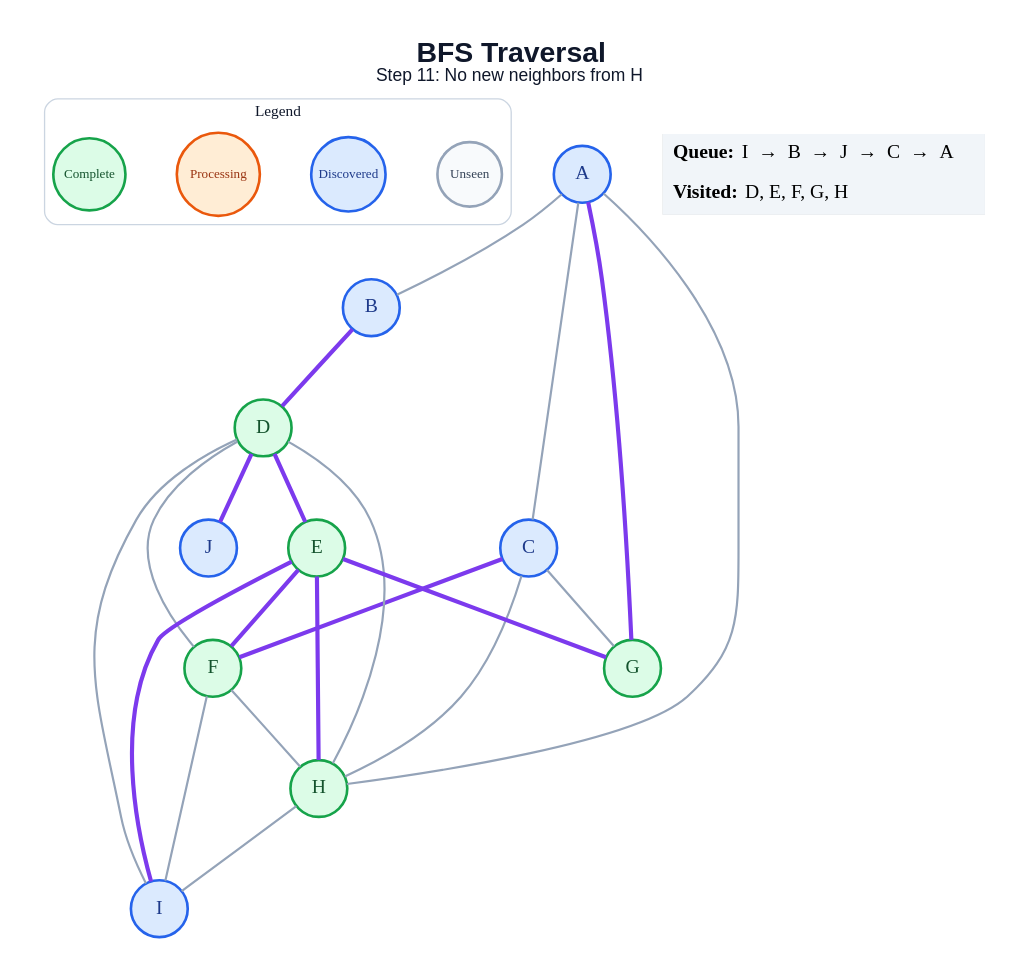
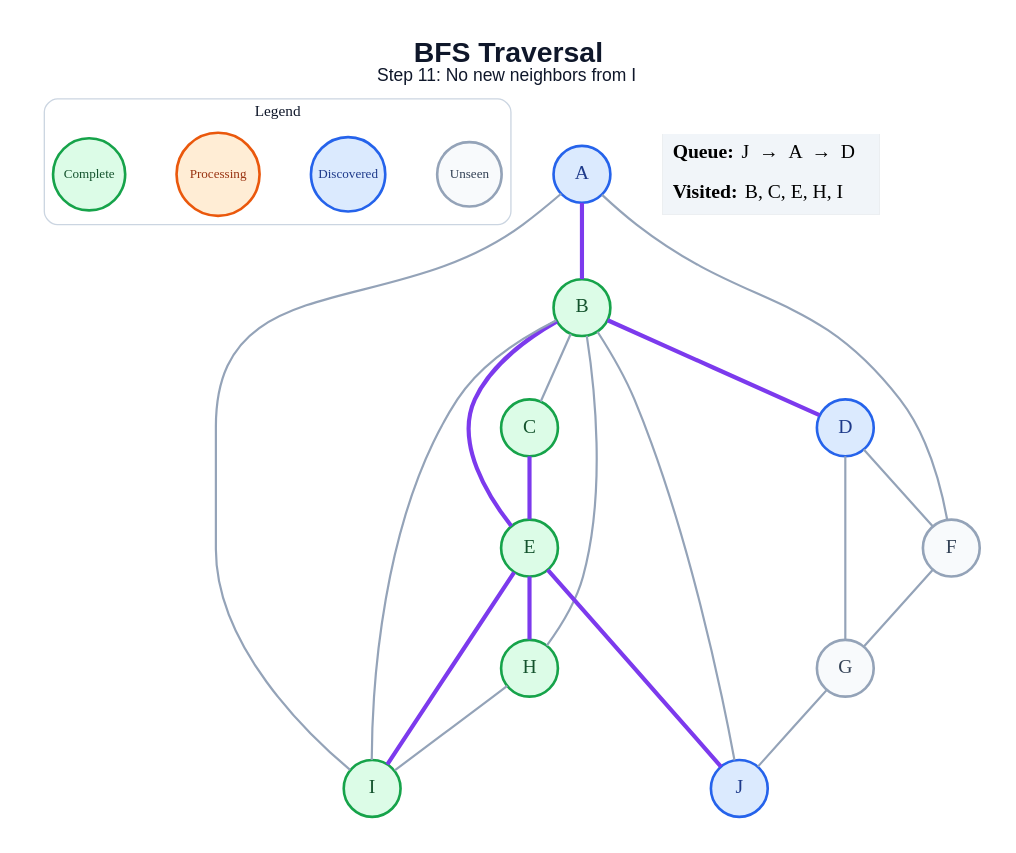
The diagram in generated/specific-node/bfs/step_11.dot (amanghodawala9/ai-slop), drawn with Graphviz before and after one commit. The commit also changed 178 other files, not shown here.

```diff
--- a/generated/specific-node/bfs/step_11.dot
+++ b/generated/specific-node/bfs/step_11.dot
@@ -1,49 +1,47 @@
 graph traversal {
   graph [layout=dot, rankdir=TB, bgcolor="#FFFFFF", pad="0.35", nodesep="0.65", ranksep="0.8", fontname="Arial"];
   node [shape=circle, style="filled", fontname="Arial Bold", fontsize=18, width=0.72, fixedsize=true, penwidth=2.4];
   edge [color="#94A3B8", penwidth=2.0];
-  label=<<B>BFS Traversal</B><BR/><FONT POINT-SIZE="16">Step 11: No new neighbors from H</FONT>>; labelloc="t"; fontsize=26; fontname="Arial"; fontcolor="#0F172A";
+  label=<<B>BFS Traversal</B><BR/><FONT POINT-SIZE="16">Step 11: No new neighbors from I</FONT>>; labelloc="t"; fontsize=26; fontname="Arial"; fontcolor="#0F172A";
   subgraph cluster_legend { label="Legend"; color="#CBD5E1"; penwidth=1.2; style="rounded"; fontsize=14; fontname="Arial Bold";
     key_unseen [label="Unseen", fillcolor="#F8FAFC", color="#94A3B8", fontcolor="#334155", fontsize=12, width=0.82];
     key_frontier [label="Discovered", fillcolor="#DBEAFE", color="#2563EB", fontcolor="#1E3A8A", fontsize=12, width=0.95];
     key_current [label="Processing", fillcolor="#FFEDD5", color="#EA580C", fontcolor="#9A3412", fontsize=12, width=1.05];
     key_done [label="Complete", fillcolor="#DCFCE7", color="#16A34A", fontcolor="#14532D", fontsize=12, width=0.92];
     { rank=same; key_unseen; key_frontier; key_current; key_done; }
   }
   A [fillcolor="#DBEAFE", color="#2563EB", fontcolor="#1E3A8A"];
-  B [fillcolor="#DBEAFE", color="#2563EB", fontcolor="#1E3A8A"];
-  C [fillcolor="#DBEAFE", color="#2563EB", fontcolor="#1E3A8A"];
-  D [fillcolor="#DCFCE7", color="#16A34A", fontcolor="#14532D"];
+  B [fillcolor="#DCFCE7", color="#16A34A", fontcolor="#14532D"];
+  C [fillcolor="#DCFCE7", color="#16A34A", fontcolor="#14532D"];
+  D [fillcolor="#DBEAFE", color="#2563EB", fontcolor="#1E3A8A"];
   E [fillcolor="#DCFCE7", color="#16A34A", fontcolor="#14532D"];
-  F [fillcolor="#DCFCE7", color="#16A34A", fontcolor="#14532D"];
-  G [fillcolor="#DCFCE7", color="#16A34A", fontcolor="#14532D"];
+  F [fillcolor="#F8FAFC", color="#94A3B8", fontcolor="#334155"];
+  G [fillcolor="#F8FAFC", color="#94A3B8", fontcolor="#334155"];
   H [fillcolor="#DCFCE7", color="#16A34A", fontcolor="#14532D"];
-  I [fillcolor="#DBEAFE", color="#2563EB", fontcolor="#1E3A8A"];
+  I [fillcolor="#DCFCE7", color="#16A34A", fontcolor="#14532D"];
   J [fillcolor="#DBEAFE", color="#2563EB", fontcolor="#1E3A8A"];
-  A -- B;
-  A -- C;
-  A -- G [color="#7C3AED", penwidth=3.8];
-  A -- H;
+  A -- B [color="#7C3AED", penwidth=3.8];
+  A -- F;
+  A -- I;
+  B -- C;
   B -- D [color="#7C3AED", penwidth=3.8];
-  C -- F [color="#7C3AED", penwidth=3.8];
-  C -- G;
-  C -- H;
-  D -- E [color="#7C3AED", penwidth=3.8];
+  B -- E [color="#7C3AED", penwidth=3.8];
+  B -- H;
+  B -- I;
+  B -- J;
+  C -- E [color="#7C3AED", penwidth=3.8];
   D -- F;
-  D -- H;
-  D -- I;
-  D -- J [color="#7C3AED", penwidth=3.8];
-  E -- F [color="#7C3AED", penwidth=3.8];
-  E -- G [color="#7C3AED", penwidth=3.8];
+  D -- G;
   E -- H [color="#7C3AED", penwidth=3.8];
   E -- I [color="#7C3AED", penwidth=3.8];
-  F -- H;
-  F -- I;
+  E -- J [color="#7C3AED", penwidth=3.8];
+  F -- G;
+  G -- J;
   H -- I;
   status [shape=plain, fixedsize=false, width=0, height=0, margin=0, label=<
     <TABLE BORDER="0" CELLBORDER="0" CELLPADDING="7" BGCOLOR="#F1F5F9">
-      <TR><TD ALIGN="LEFT"><B>Queue:</B> I  →  B  →  J  →  C  →  A</TD></TR>
-      <TR><TD ALIGN="LEFT"><B>Visited:</B> D, E, F, G, H</TD></TR>
+      <TR><TD ALIGN="LEFT"><B>Queue:</B> J  →  A  →  D</TD></TR>
+      <TR><TD ALIGN="LEFT"><B>Visited:</B> B, C, E, H, I</TD></TR>
     </TABLE>
   >];
 }
```
